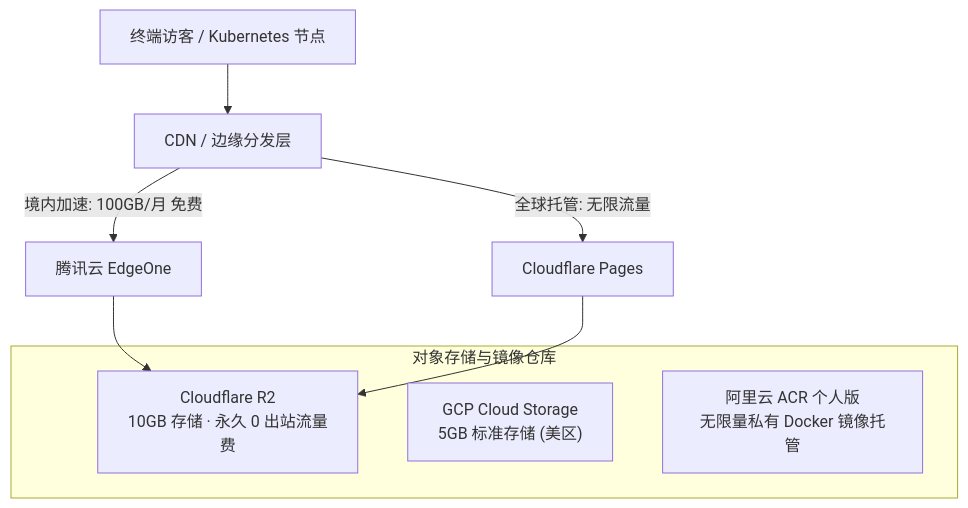
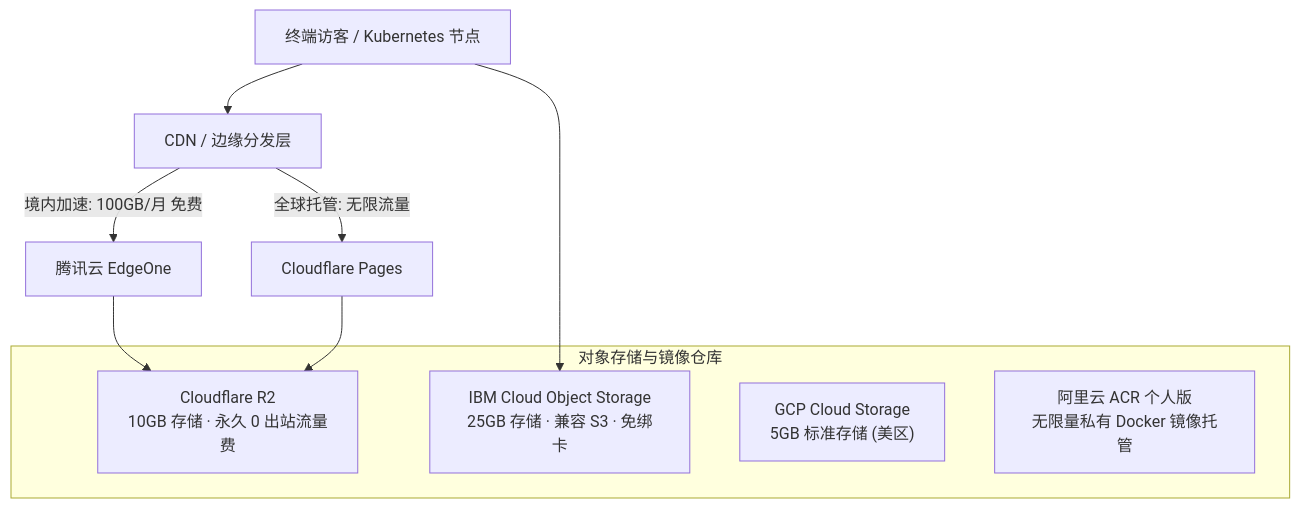
Before and after one commit to nvd11/my-blogs: the fourth of 6 diagrams in global-always-free-cloud-resources-guide.md, drawn with Mermaid. The commit also changed other lines of this file, not shown here.

Commit message:
docs(blog): add IBM Cloud Lite resources across all sections

````diff
--- a/global-always-free-cloud-resources-guide.md
+++ b/global-always-free-cloud-resources-guide.md
@@ -153,14 +170,16 @@
 ```mermaid
 flowchart TD
     Client["终端访客 / Kubernetes 节点"] --> CDN["CDN / 边缘分发层"]
     CDN -->|"境内加速: 100GB/月 免费"| EO["腾讯云 EdgeOne"]
     CDN -->|"全球托管: 无限流量"| CFP["Cloudflare Pages"]
     
     subgraph Storage["对象存储与镜像仓库"]
         R2["Cloudflare R2<br/>10GB 存储 · 永久 0 出站流量费"]
+        IBM_COS["IBM Cloud Object Storage<br/>25GB 存储 · 兼容 S3 · 免绑卡"]
         GCS["GCP Cloud Storage<br/>5GB 标准存储 (美区)"]
         ACR["阿里云 ACR 个人版<br/>无限量私有 Docker 镜像托管"]
     end
     
     EO & CFP --> R2
+    Client --> IBM_COS
 ```
````
